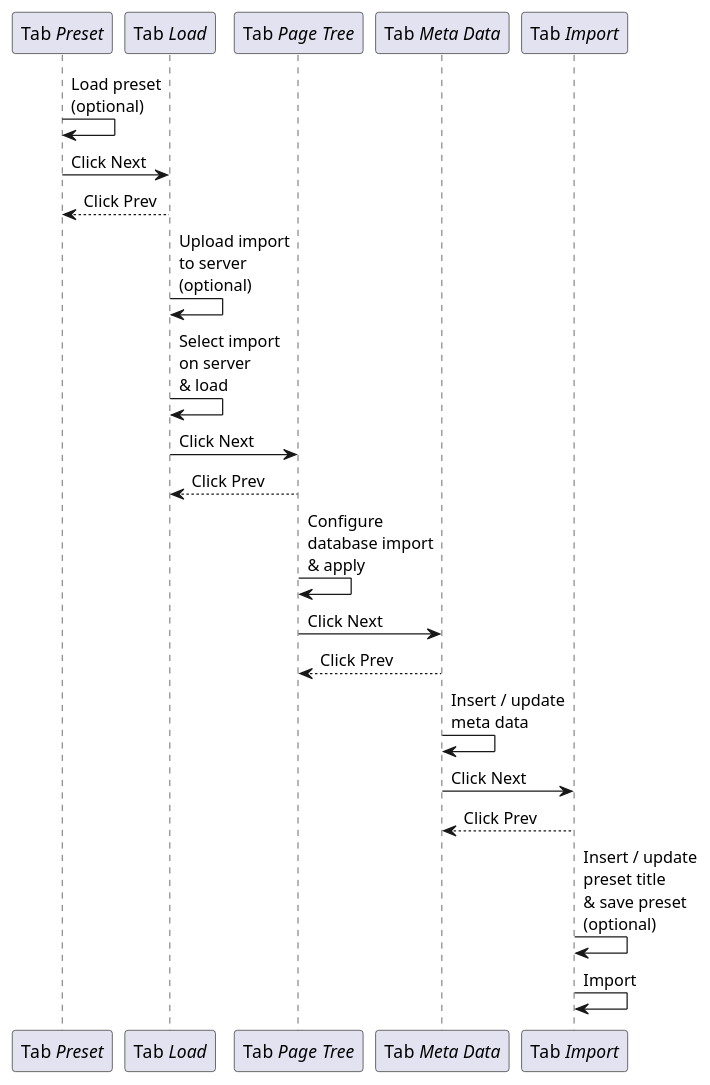
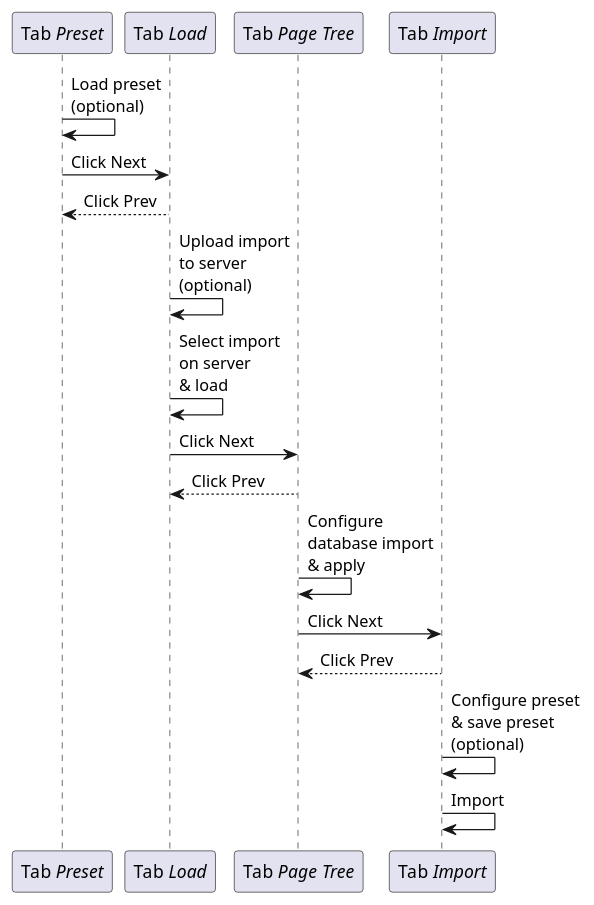
The second of 2 diagrams in typo3/sysext/impexp/Documentation/Introduction/Index.rst (alexander-nitsche/TYPO3.CMS), drawn with PlantUML before and after one commit. The commit also changed other lines of this file, not shown here.

Commit message:
[DOCS] Remove tab "Meta Data" from import/export modules

```diff
--- a/typo3/sysext/impexp/Documentation/Introduction/Index.rst
+++ b/typo3/sysext/impexp/Documentation/Introduction/Index.rst
@@ -45,21 +41,17 @@
 .. uml::
 
    "Tab <i>Preset</i>" as tabPreset -> tabPreset: Load preset\n(optional)
    tabPreset -> "Tab <i>Load</i>" as tabLoad: Click Next
    tabLoad --> tabPreset: Click Prev
 
    tabLoad -> tabLoad: Upload import\nto server\n(optional)
    tabLoad -> tabLoad: Select import\non server\n& load
    tabLoad -> "Tab <i>Page Tree</i>" as tabPageTree: Click Next
    tabPageTree --> tabLoad: Click Prev
 
    tabPageTree -> tabPageTree: Configure\ndatabase import\n& apply
-   tabPageTree -> "Tab <i>Meta Data</i>" as tabMetaData: Click Next
-   tabMetaData --> tabPageTree: Click Prev
+   tabPageTree -> "Tab <i>Import</i>" as tabImport: Click Next
+   tabImport --> tabPageTree: Click Prev
 
-   tabMetaData -> tabMetaData: Insert / update\nmeta data
-   tabMetaData -> "Tab <i>Import</i>" as tabImport: Click Next
-   tabImport --> tabMetaData: Click Prev
-
-   tabImport -> tabImport: Insert / update\npreset title\n& save preset\n(optional)
+   tabImport -> tabImport: Configure preset\n& save preset\n(optional)
    tabImport -> tabImport: Import
```
